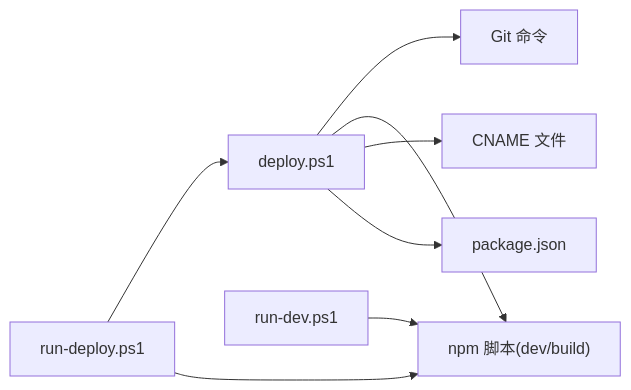
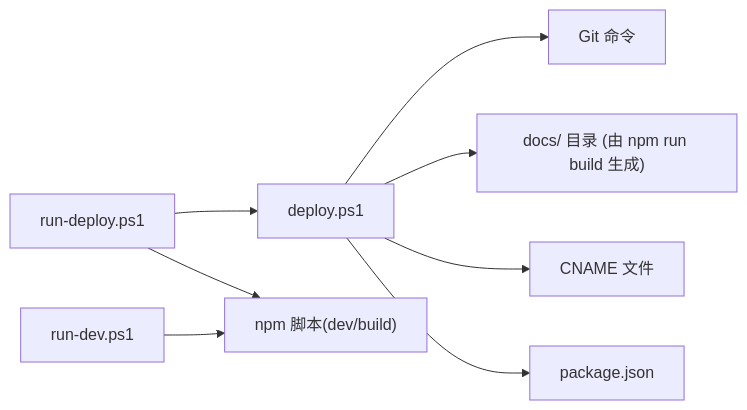
One commit to vincentline/MeeWoo.me changed the fourth of 5 diagrams in .qoder/repowiki/zh/content/部署说明.md. Above: the diagram before and after it, drawn with Mermaid. The commit also changed other lines of this file and 8 other files, not shown here.

````diff
--- a/.qoder/repowiki/zh/content/部署说明.md
+++ b/.qoder/repowiki/zh/content/部署说明.md
@@ -211,10 +214,10 @@
 ```mermaid
 graph LR
 RD["run-deploy.ps1"] --> DP["deploy.ps1"]
 DP --> GIT["Git 命令"]
-DP --> NPM["npm 脚本(dev/build)"]
-RD --> NPM
+DP --> DOCS["docs/ 目录 (由 npm run build 生成)"]
+RD --> NPM["npm 脚本(dev/build)"]
 DEV["run-dev.ps1"] --> NPM
 DP --> CNAME["CNAME 文件"]
 DP --> PKG["package.json"]
 ```
````
